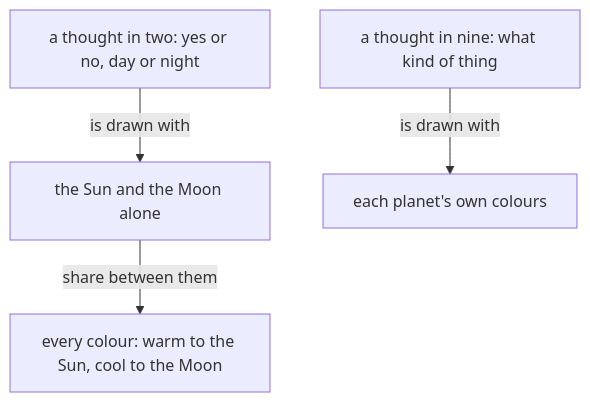
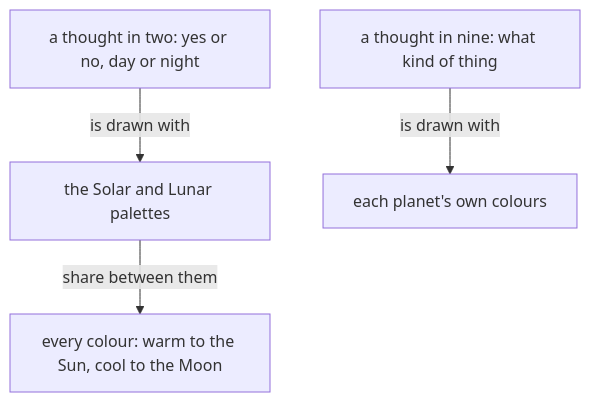
Before and after one commit to LiGoldragon/mind-belief: the second of 2 diagrams in notion/planetary-visuals/0.md, drawn with Mermaid. The commit also changed other lines of this file and 4 other files, not shown here.

````diff
--- a/notion/planetary-visuals/0.md
+++ b/notion/planetary-visuals/0.md
@@ -168,6 +174,6 @@
 ```mermaid
 flowchart TB
-    t["a thought in two: yes or no, day or night"] -- "is drawn with" --> s["the Sun and the Moon alone"]
+    t["a thought in two: yes or no, day or night"] -- "is drawn with" --> s["the Solar and Lunar palettes"]
     s -- "share between them" --> a["every colour: warm to the Sun, cool to the Moon"]
     n["a thought in nine: what kind of thing"] -- "is drawn with" --> p["each planet's own colours"]
 ```
````
